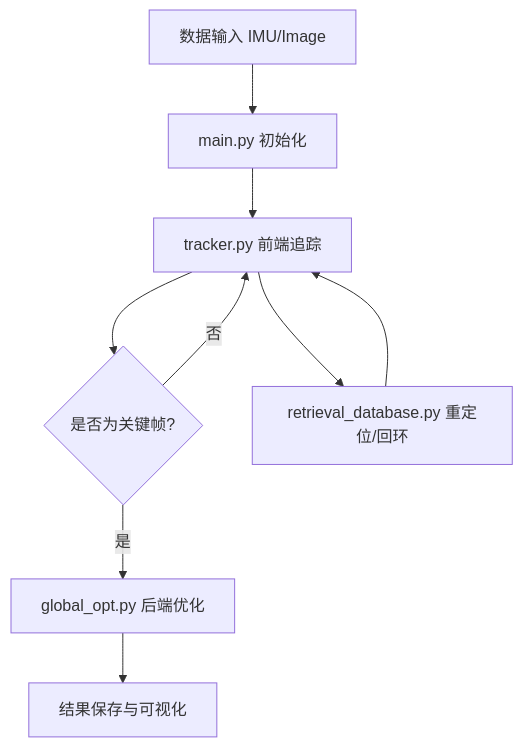
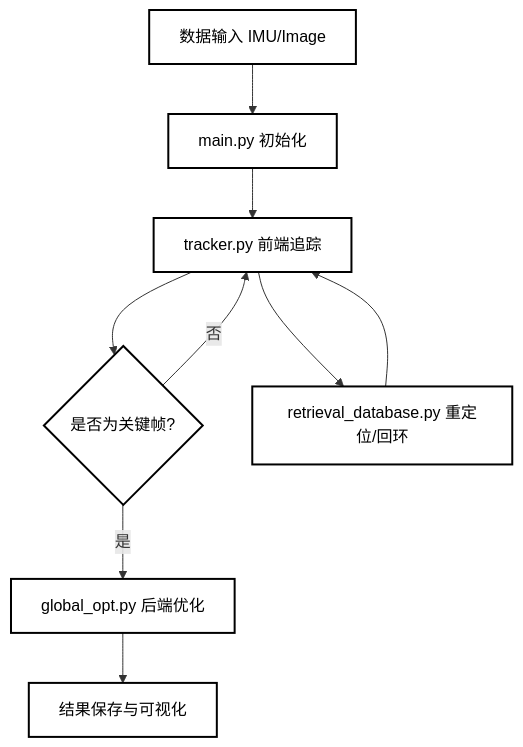
The diagram in _posts/2025-11-19-MASt3R-Fusion.md (KwanWaiPang/KwanWaiPang.github.io), drawn with Mermaid before and after one commit.

Commit message:
更改流程图的样式

```diff
--- a/_posts/2025-11-19-MASt3R-Fusion.md
+++ b/_posts/2025-11-19-MASt3R-Fusion.md
@@ -387,11 +387,17 @@
 <div class="mermaid" style="display: flex; justify-content: center; width: 90%; margin: 0 auto;">
 graph TD
+    %% 定义全局样式类：透明背景、黑边、黑字
+    classDef plain fill:none,stroke:#000,stroke-width:2px,color:#000;
+
     A[数据输入 IMU/Image] --> B[main.py 初始化]
     B --> C[tracker.py 前端追踪]
     C --> D{是否为关键帧?}
     D -- 是 --> E[global_opt.py 后端优化]
     D -- 否 --> C
     E --> F[结果保存与可视化]
     C --> G[retrieval_database.py 重定位/回环]
     G --> C
+
+    %% 将样式应用到所有节点
+    class A,B,C,D,E,F,G plain;
 </div>
```
